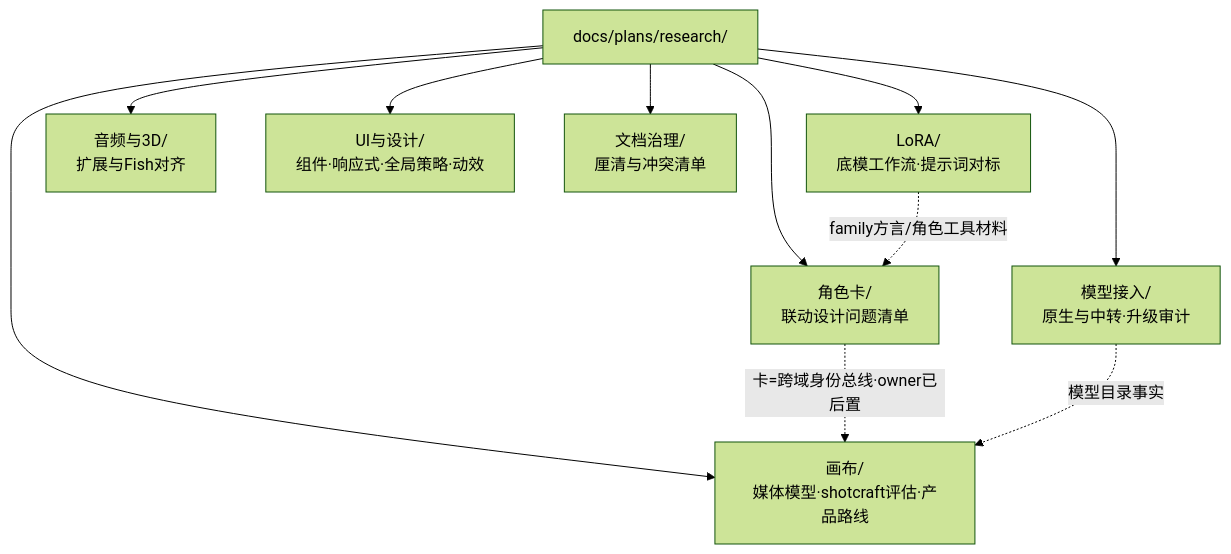
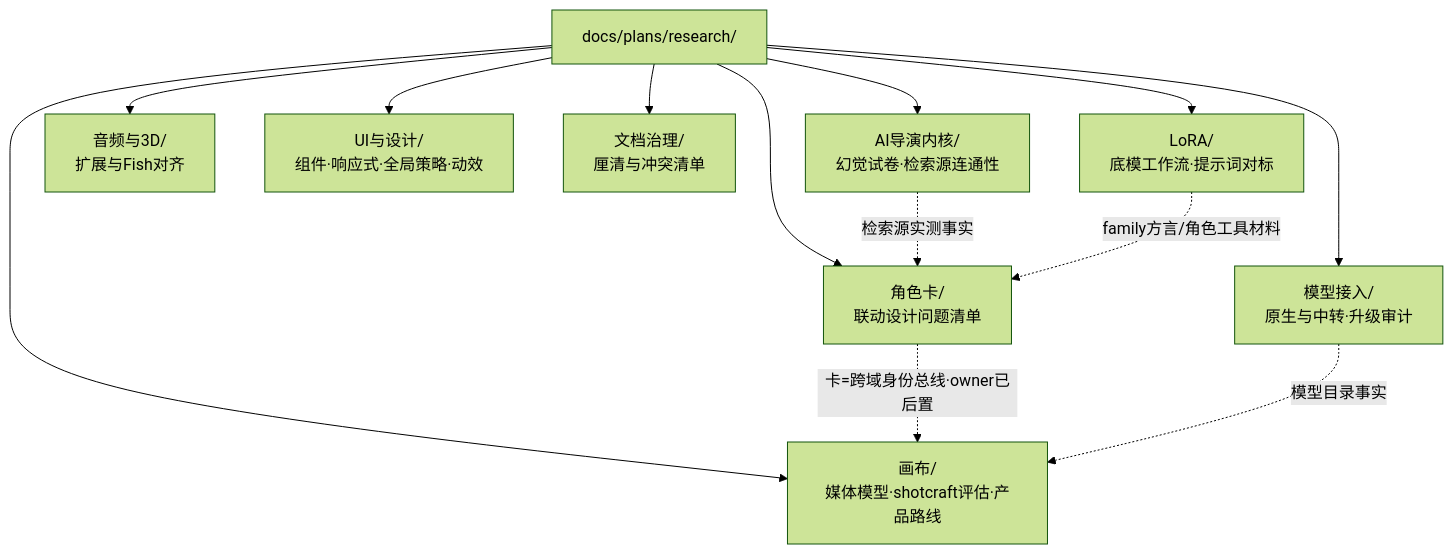
The diagram in docs/plans/research/说明.md (anteisuba/pixelvault_yang), drawn with Mermaid (forest theme) before and after one commit. The commit also changed other lines of this file and 128 other files, not shown here.

````diff
--- a/docs/plans/research/说明.md
+++ b/docs/plans/research/说明.md
@@ -9,13 +9,15 @@
 ```mermaid
 flowchart TD
     R["docs/plans/research/"] --> M1["画布/<br/>媒体模型·shotcraft评估·产品路线"]
     R --> M2["LoRA/<br/>底模工作流·提示词对标"]
     R --> M3["角色卡/<br/>联动设计问题清单"]
     R --> M4["模型接入/<br/>原生与中转·升级审计"]
     R --> M5["音频与3D/<br/>扩展与Fish对齐"]
     R --> M6["UI与设计/<br/>组件·响应式·全局策略·动效"]
     R --> M7["文档治理/<br/>厘清与冲突清单"]
+    R --> M8["AI导演内核/<br/>幻觉试卷·检索源连通性"]
+    M8 -.检索源实测事实.-> M3
     M3 -.卡=跨域身份总线·owner已后置.-> M1
     M2 -.family方言/角色工具材料.-> M3
     M4 -.模型目录事实.-> M1
 ```
````
